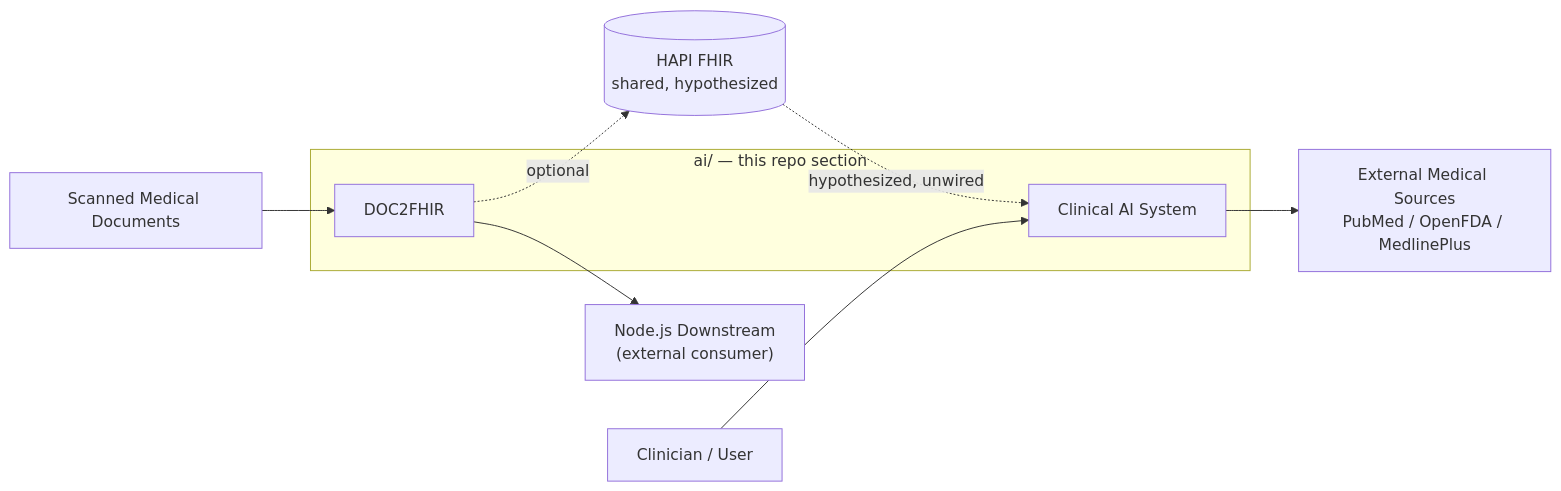
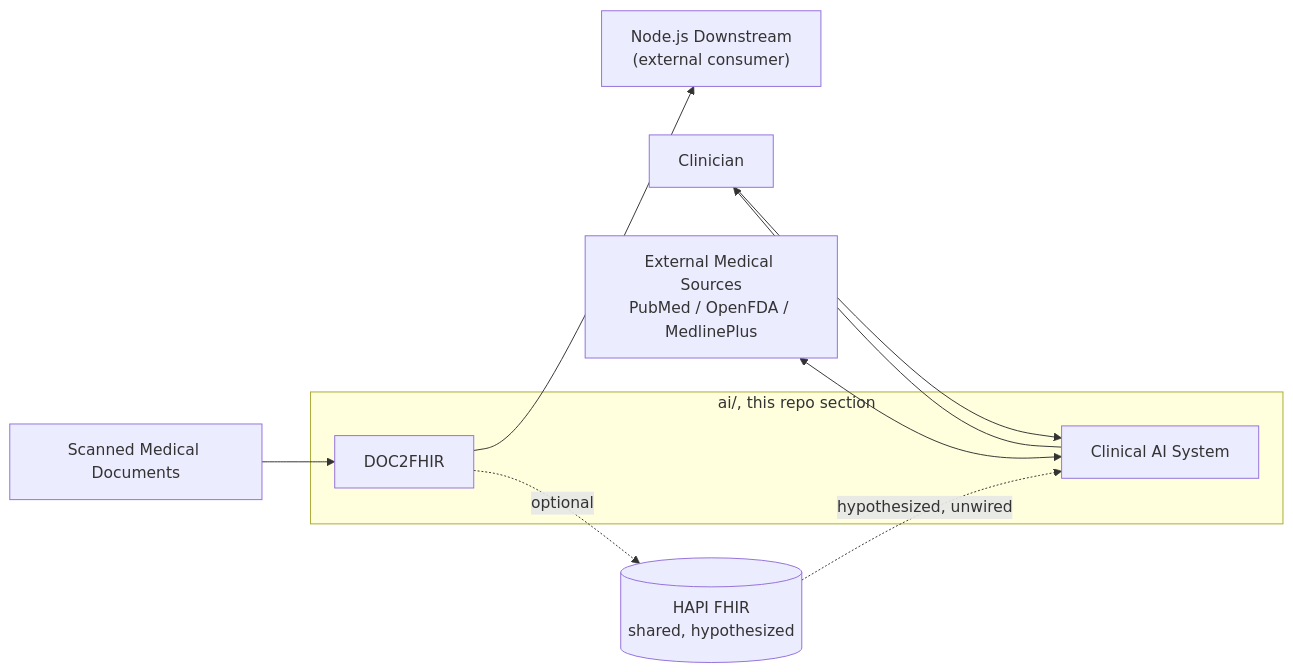
The first of 3 diagrams in ai/README.md (Belal0066/CFI-Care), drawn with Mermaid before and after one commit. The commit also changed other lines of this file and 3 other files, not shown here.

First line of the commit message:
Update the AI front-door README and architecture docs

````diff
--- a/ai/README.md
+++ b/ai/README.md
@@ -5,21 +28,22 @@
 ```mermaid
 flowchart LR
-    CLIN["Clinician / User"]
+    CLIN["Clinician"]
     DOC["Scanned Medical Documents"]
     EXT["External Medical Sources<br/>PubMed / OpenFDA / MedlinePlus"]
     NODE["Node.js Downstream<br/>(external consumer)"]
     HAPI[("HAPI FHIR<br/>shared, hypothesized")]
 
-    subgraph AI["ai/ — this repo section"]
+    subgraph AI["ai/,  this repo section"]
         D2F["DOC2FHIR"]
         CAI["Clinical AI System"]
     end
 
     DOC --> D2F
     D2F --> NODE
     D2F -. optional .-> HAPI
     HAPI -. hypothesized, unwired .-> CAI
 
     CLIN --> CAI
-    CAI --> EXT
+    EXT <--> CAI
+    CAI --> CLIN
 ```
````
